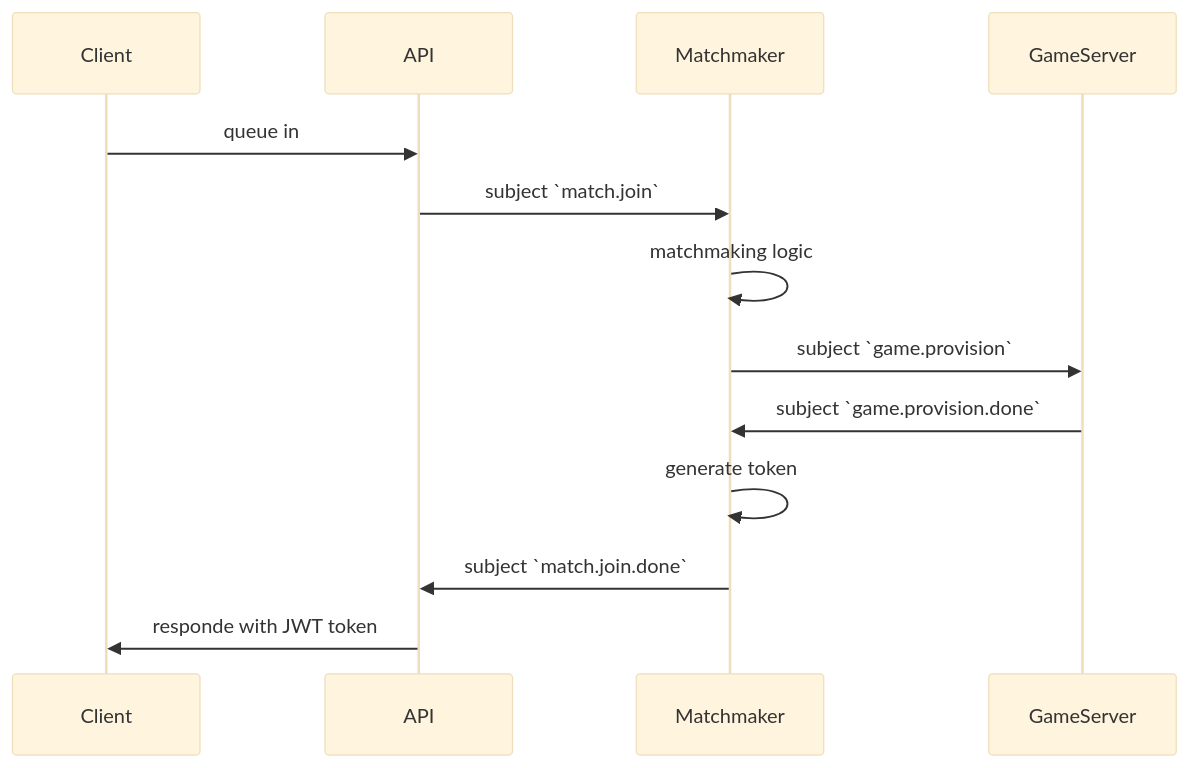
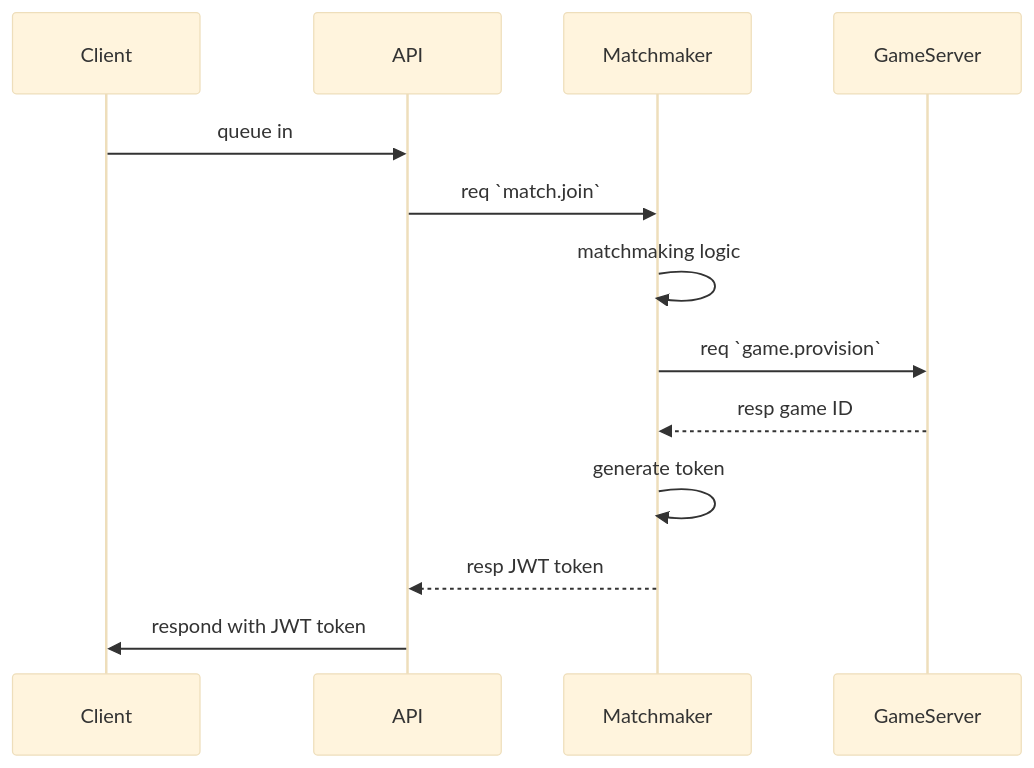
One commit to AlexFangSW/Typephoon-V2 changed the diagram in README.md. Above: the diagram before and after it, drawn with Mermaid (base theme). The commit also changed other lines of this file, not shown here.

````diff
--- a/README.md
+++ b/README.md
@@ -111,11 +111,11 @@
 ```mermaid
 sequenceDiagram
     Client->>API: queue in
-    API->>Matchmaker: subject `match.join`
+    API->>Matchmaker: req `match.join`
     Matchmaker->>Matchmaker: matchmaking logic
-    Matchmaker->>GameServer: subject `game.provision`
-    GameServer->>Matchmaker: subject `game.provision.done`
+    Matchmaker->>GameServer: req `game.provision`
+    GameServer-->>Matchmaker: resp game ID
     Matchmaker->>Matchmaker: generate token
-    Matchmaker->>API: subject `match.join.done`
-    API->>Client: responde with JWT token
+    Matchmaker-->>API: resp JWT token
+    API->>Client: respond with JWT token
 ```
````
